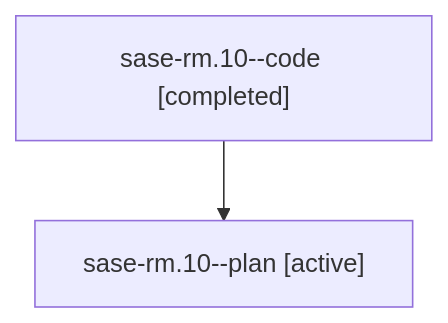
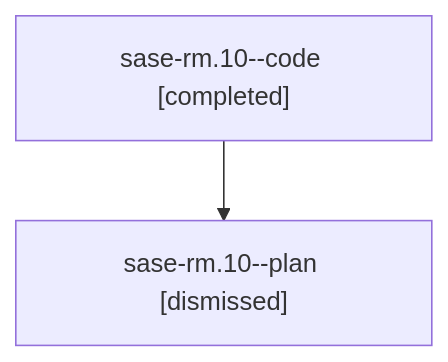
The diagram in sessions/bbugyi200.athena.sase-rm.10.md (sase-org/sase--agents), drawn with Mermaid before and after one commit. The commit also changed other lines of this file and 172 other files, not shown here.

````diff
--- a/sessions/bbugyi200.athena.sase-rm.10.md
+++ b/sessions/bbugyi200.athena.sase-rm.10.md
@@ -9,6 +9,6 @@
 ```mermaid
 flowchart TD
   n0["sase-rm.10--code [completed]"]
-  n1["sase-rm.10--plan [active]"]
+  n1["sase-rm.10--plan [dismissed]"]
   n0 --> n1
 ```
````
